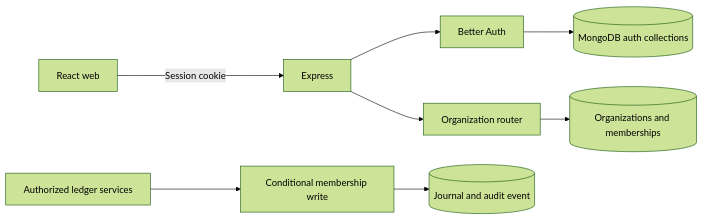
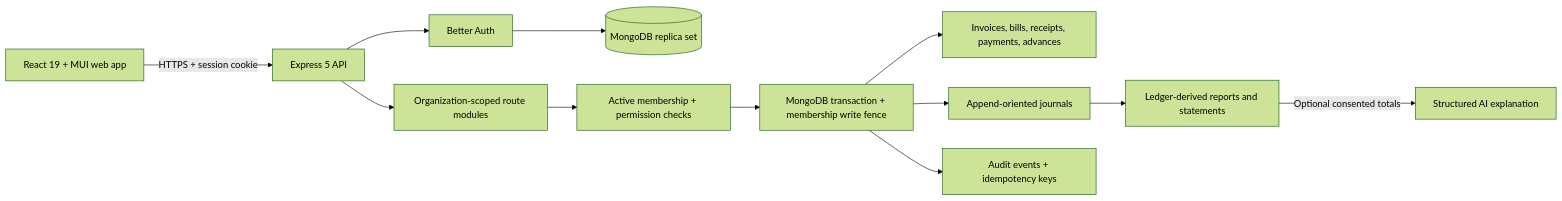
The diagram in docs/ARCHITECTURE.md (AslisiteTechnologies/aslibooks), drawn with Mermaid (forest theme) before and after one commit. The commit also changed other lines of this file and 8 other files, not shown here.

````diff
--- a/docs/ARCHITECTURE.md
+++ b/docs/ARCHITECTURE.md
@@ -5,10 +5,14 @@
 ```mermaid
 flowchart LR
-    Browser[React web] -->|Session cookie| API[Express]
-    API --> Auth[Better Auth]
-    Auth --> Sessions[(MongoDB auth collections)]
-    API --> Orgs[Organization router]
-    Orgs --> Membership[(Organizations and memberships)]
-    Services[Authorized ledger services] --> Fence[Conditional membership write]
-    Fence --> Ledger[(Journal and audit event)]
+  Browser[React 19 + MUI web app] -->|HTTPS + session cookie| API[Express 5 API]
+  API --> Auth[Better Auth]
+  Auth --> Mongo[(MongoDB replica set)]
+  API --> Tenant[Organization-scoped route modules]
+  Tenant --> Access[Active membership + permission checks]
+  Access --> Tx[MongoDB transaction + membership write fence]
+  Tx --> Docs[Invoices, bills, receipts, payments, advances]
+  Tx --> Ledger[Append-oriented journals]
+  Tx --> Audit[Audit events + idempotency keys]
+  Ledger --> Reports[Ledger-derived reports and statements]
+  Reports -->|Optional consented totals| AI[Structured AI explanation]
 ```
````
